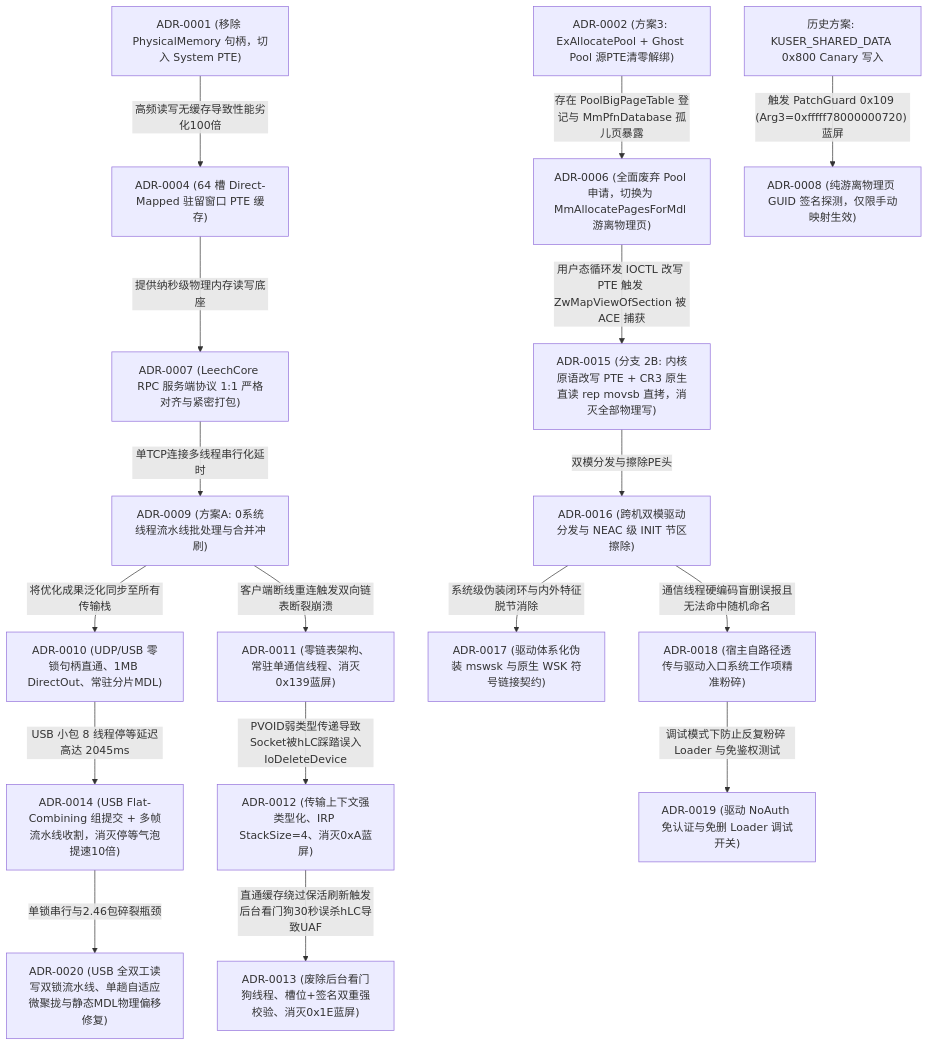
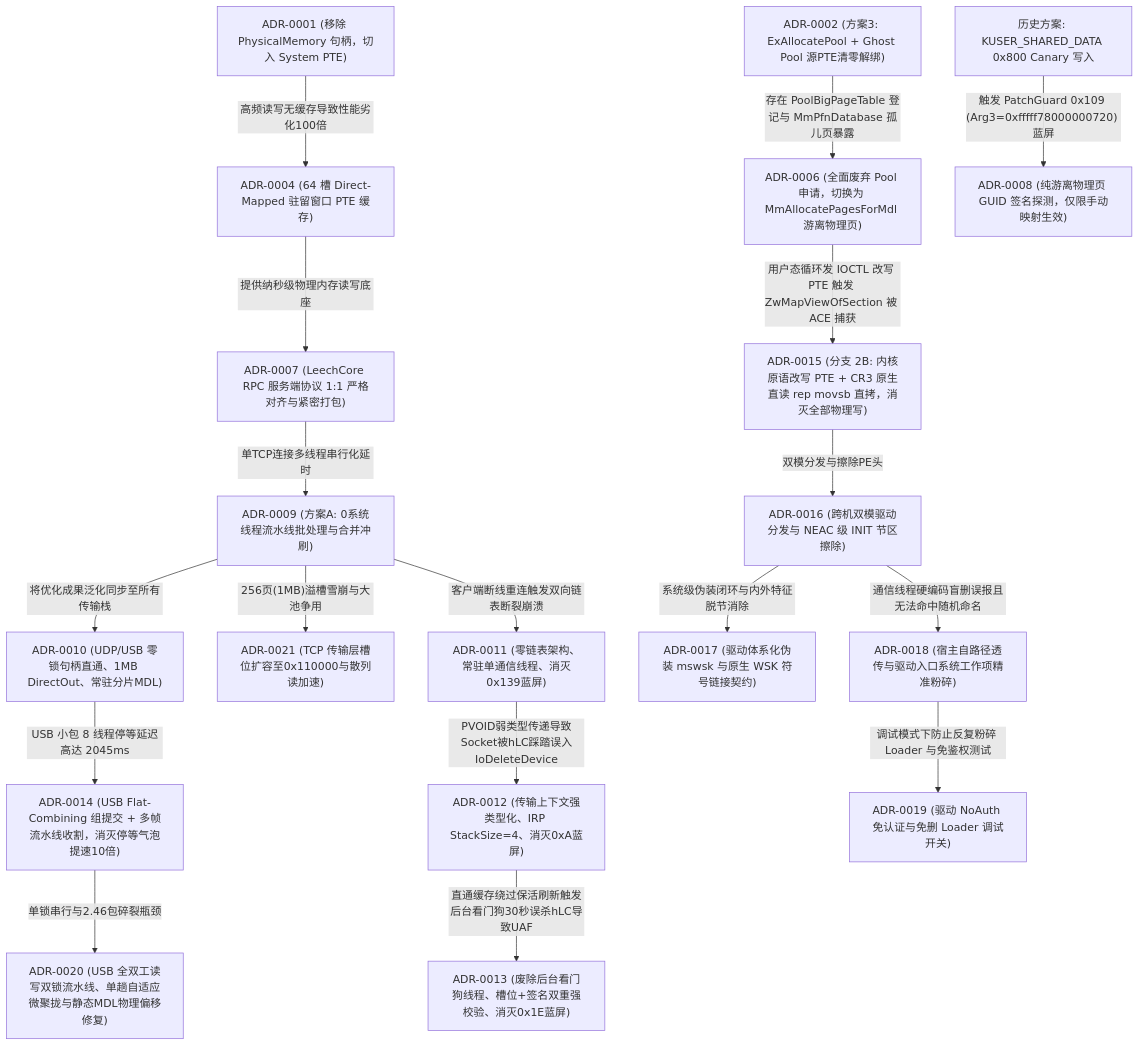
Before and after one commit to zhugeliang666/CheatDrv: the diagram in docs/decisions/README.md, drawn with Mermaid. The commit also changed other lines of this file and 6 other files, not shown here.

````diff
--- a/docs/decisions/README.md
+++ b/docs/decisions/README.md
@@ -36,20 +38,21 @@
 ```mermaid
 
 graph TD
     A["ADR-0002 (方案3: ExAllocatePool + Ghost Pool 源PTE清零解绑)"] --"存在 PoolBigPageTable 登记与 MmPfnDatabase 孤儿页暴露"--> B["ADR-0006 (全面废弃 Pool 申请，切换为 MmAllocatePagesForMdl 游离物理页)"]
     B --"用户态循环发 IOCTL 改写 PTE 触发 ZwMapViewOfSection 被 ACE 捕获"--> N["ADR-0015 (分支 2B: 内核原语改写 PTE + CR3 原生直读 rep movsb 直拷，消灭全部物理写)"]
     C["ADR-0001 (移除 PhysicalMemory 句柄，切入 System PTE)"] --"高频读写无缓存导致性能劣化100倍"--> D["ADR-0004 (64 槽 Direct-Mapped 驻留窗口 PTE 缓存)"]
     D --"提供纳秒级物理内存读写底座"--> E["ADR-0007 (LeechCore RPC 服务端协议 1:1 严格对齐与紧密打包)"]
     F["历史方案: KUSER_SHARED_DATA 0x800 Canary 写入"] --"触发 PatchGuard 0x109 (Arg3=0xfffff78000000720) 蓝屏"--> G["ADR-0008 (纯游离物理页 GUID 签名探测，仅限手动映射生效)"]
     E --"单TCP连接多线程串行化延时"--> H["ADR-0009 (方案A: 0系统线程流水线批处理与合并冲刷)"]
     H --"将优化成果泛化同步至所有传输栈"--> I["ADR-0010 (UDP/USB 零锁句柄直通、1MB DirectOut、常驻分片MDL)"]
+    H --"256页(1MB)溢槽雪崩与大池争用"--> U["ADR-0021 (TCP 传输层槽位扩容至0x110000与散列读加速)"]
     H --"客户端断线重连触发双向链表断裂崩溃"--> J["ADR-0011 (零链表架构、常驻单通信线程、消灭0x139蓝屏)"]
     J --"PVOID弱类型传递导致Socket被hLC踩踏误入IoDeleteDevice"--> K["ADR-0012 (传输上下文强类型化、IRP StackSize=4、消灭0xA蓝屏)"]
     K --"直通缓存绕过保活刷新触发后台看门狗30秒误杀hLC导致UAF"--> L["ADR-0013 (废除后台看门狗线程、槽位+签名双重强校验、消灭0x1E蓝屏)"]
     I --"USB 小包 8 线程停等延迟高达 2045ms"--> M["ADR-0014 (USB Flat-Combining 组提交 + 多帧流水线收割，消灭停等气泡提速10倍)"]
     M --"单锁串行与2.46包碎裂瓶颈"--> T["ADR-0020 (USB 全双工读写双锁流水线、单趟自适应微聚拢与静态MDL物理偏移修复)"]
     N --"双模分发与擦除PE头"--> P["ADR-0016 (跨机双模驱动分发与 NEAC 级 INIT 节区擦除)"]
     P --"系统级伪装闭环与内外特征脱节消除"--> Q["ADR-0017 (驱动体系化伪装 mswsk 与原生 WSK 符号链接契约)"]
     P --"通信线程硬编码盲删误报且无法命中随机命名"--> R["ADR-0018 (宿主自路径透传与驱动入口系统工作项精准粉碎)"]
     R --"调试模式下防止反复粉碎 Loader 与免鉴权测试"--> S["ADR-0019 (驱动 NoAuth 免认证与免删 Loader 调试开关)"]
 ```
````
